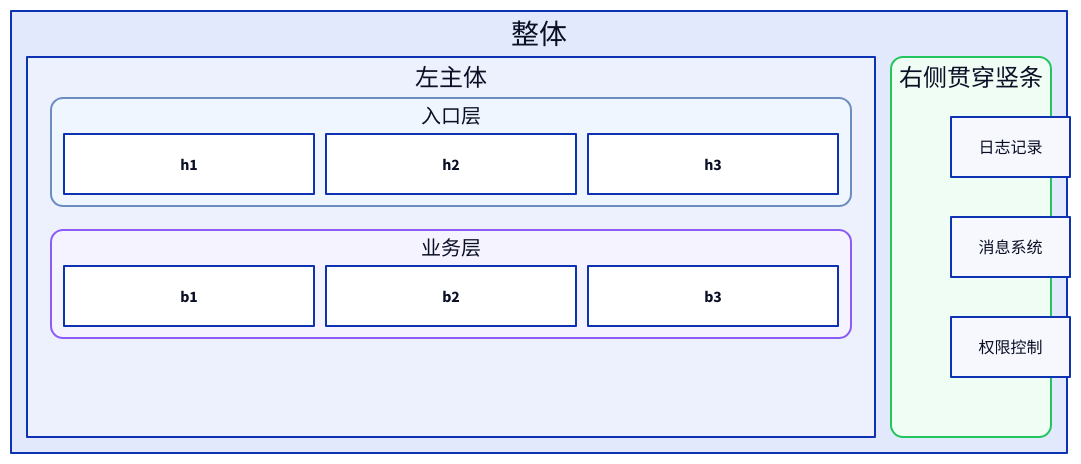
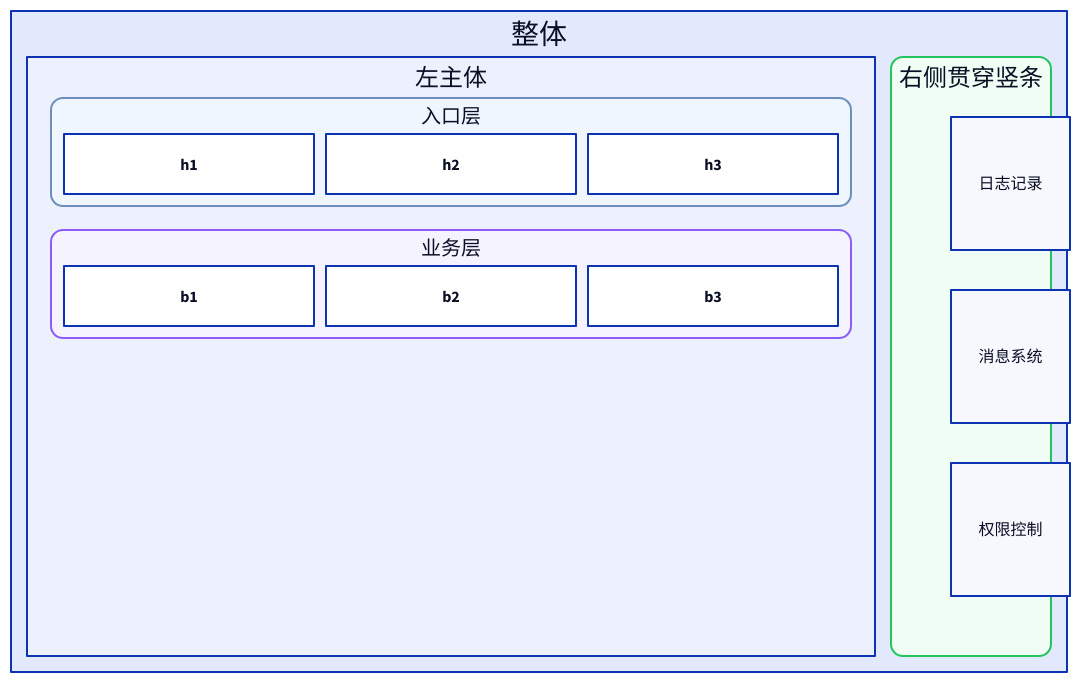
The fifth of 9 diagrams in skills/c4-container-diagram/SKILL.md (syllr/skills), drawn with D2 before and after one commit. The commit also changed other lines of this file, not shown here.

````diff
--- a/skills/c4-container-diagram/SKILL.md
+++ b/skills/c4-container-diagram/SKILL.md
@@ -424,31 +424,32 @@
 ```d2
 vars: { d2-config: { layout-engine: elk } }
 整体: {
   grid-columns: 2          # ← 分两栏：左主体 + 右贯穿栏（3 栏则为左右双竖条）
   grid-rows: 1
   grid-gap: 16
 
   左主体: {                 # 主体：内部各层纵向堆叠（复用 §5.1 结构）
     grid-rows: 1; grid-columns: 1; grid-gap: 24
     入口层: { width: 800; grid-columns: 3; grid-gap: 12; style.fill: "#eff6ff"; style.stroke: "#6c8ebf"; style.border-radius: 12
       h1: { width: 250; height: 60; class: module }
       h2: { width: 250; height: 60; class: module }
       h3: { width: 250; height: 60; class: module }
     }
     业务层: { width: 800; grid-columns: 3; grid-gap: 12; style.fill: "#f5f3ff"; style.stroke: "#8b5cf6"; style.border-radius: 12
       b1: { width: 250; height: 60; class: module }
       b2: { width: 250; height: 60; class: module }
       b3: { width: 250; height: 60; class: module }
     }
   }
 
-  右侧贯穿竖条: {            # ← 贯穿栏：独立顶层容器，grid 列自动对齐高度
+  右侧贯穿竖条: {            # ← 贯穿栏：独立顶层容器，高度由外层 grid 与主体现高（勿设 height，会被覆盖）
     width: 160
-    grid-rows: 1; grid-columns: 1
+    grid-columns: 1           # ← 关键：只定义列（一维）+ 不写 grid-gap → 子容器垂直均匀分布（见 6.13）
     style.fill: "#f0fdf4"; style.stroke: "#22c55e"; style.border-radius: 12
-    r1: { label: "日志记录"; height: 60; class: module }
-    r2: { label: "消息系统"; height: 60; class: module }
-    r3: { label: "权限控制"; height: 60; class: module }
+    # 子容器 height 按 6.13 公式：主体高 600 时 → (600−120−2×40)/3 ≈ 133
+    r1: { label: "日志记录"; height: 133; class: module }
+    r2: { label: "消息系统"; height: 133; class: module }
+    r3: { label: "权限控制"; height: 133; class: module }
   }
 }
 ```
````
